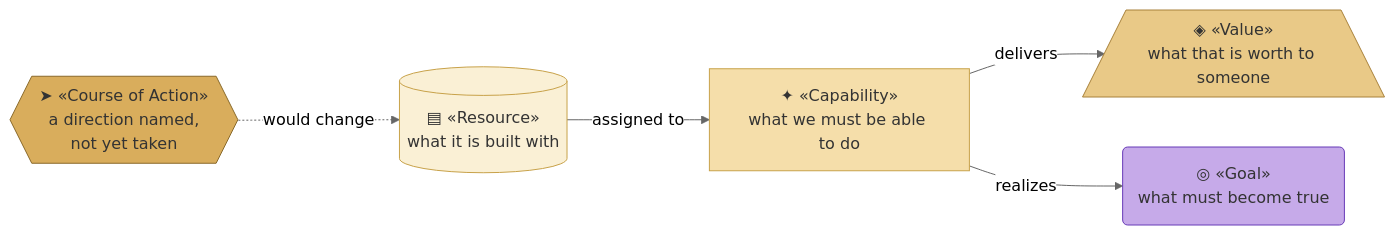
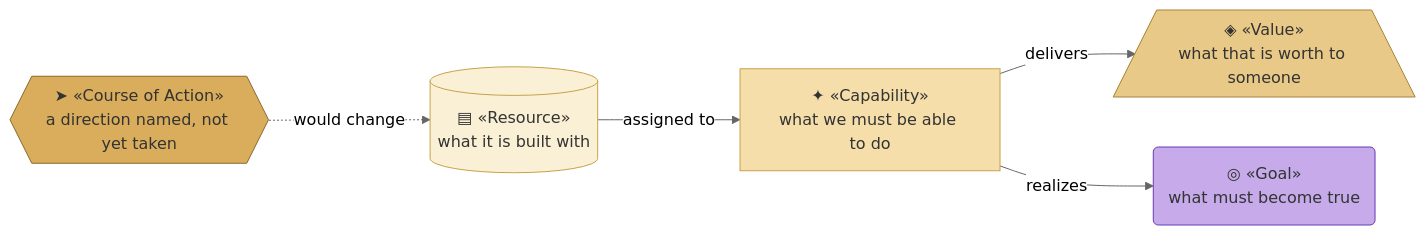
Before and after one commit to roanboc/architecture-archreator: the first of 6 diagrams in organization/docs/ea/1_strategy/2_capabilities-and-resources.md, drawn with Mermaid (neutral theme). The commit also changed other lines of this file and 6 other files, not shown here.

````diff
--- a/organization/docs/ea/1_strategy/2_capabilities-and-resources.md
+++ b/organization/docs/ea/1_strategy/2_capabilities-and-resources.md
@@ -12,19 +12,19 @@
 ```mermaid
 flowchart LR
   res[("▤ «Resource»<br>what it is built with")]:::resource
   cap["✦ «Capability»<br>what we must be able to do"]:::capability
   val[/"◈ «Value»<br>what that is worth to someone"\]:::value
-  coa{{"➤ «Course of Action»<br>a direction named,<br>not yet taken"}}:::action
+  coa{{"➤ «Course of Action»<br>a direction named, not yet taken"}}:::action
   g("◎ «Goal»<br>what must become true"):::goal
 
   res -->|assigned to| cap
   cap -->|delivers| val
   cap -->|realizes| g
   coa -.->|would change| res
 
   classDef resource fill:#faf0d5,stroke:#c8a24a,color:#333
   classDef capability fill:#f5deaa,stroke:#c8a24a,color:#333
   classDef value fill:#e9c987,stroke:#a8813a,color:#333
   classDef action fill:#d9ad5c,stroke:#8a6a2a,color:#333
   classDef goal fill:#c6aae9,stroke:#673ab7,color:#333
 ```
````
